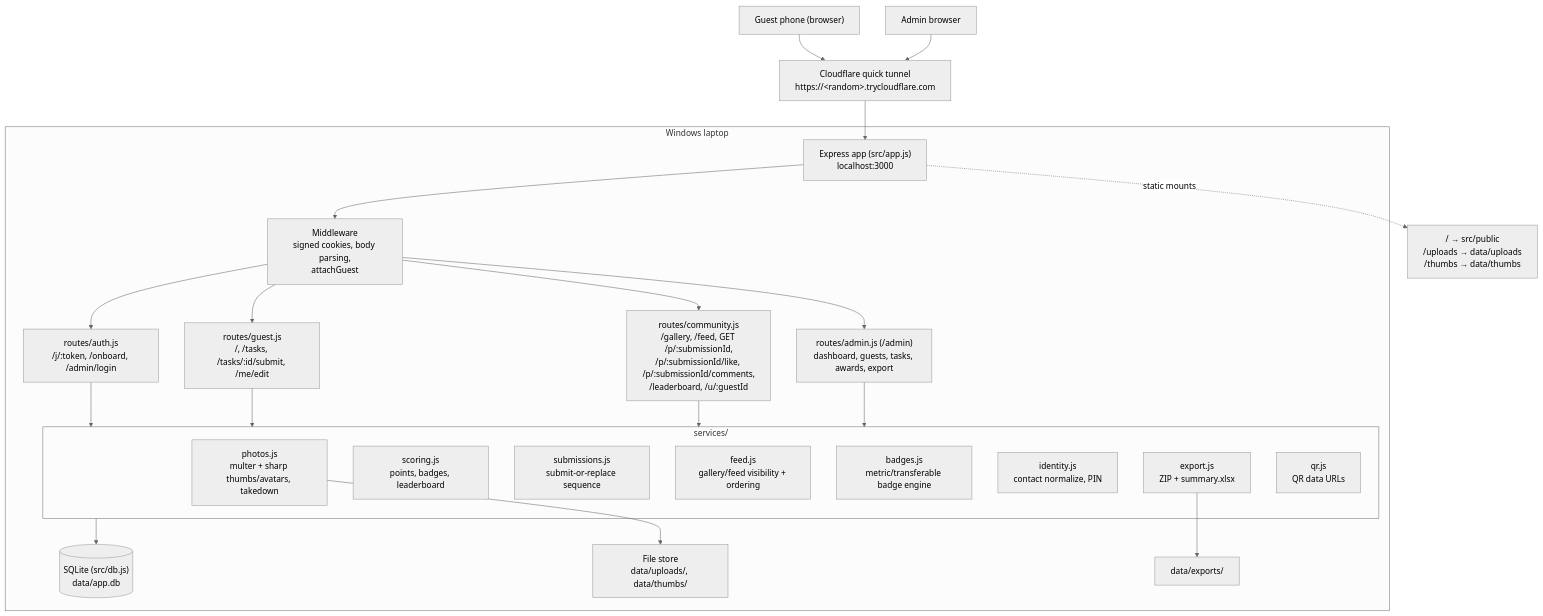
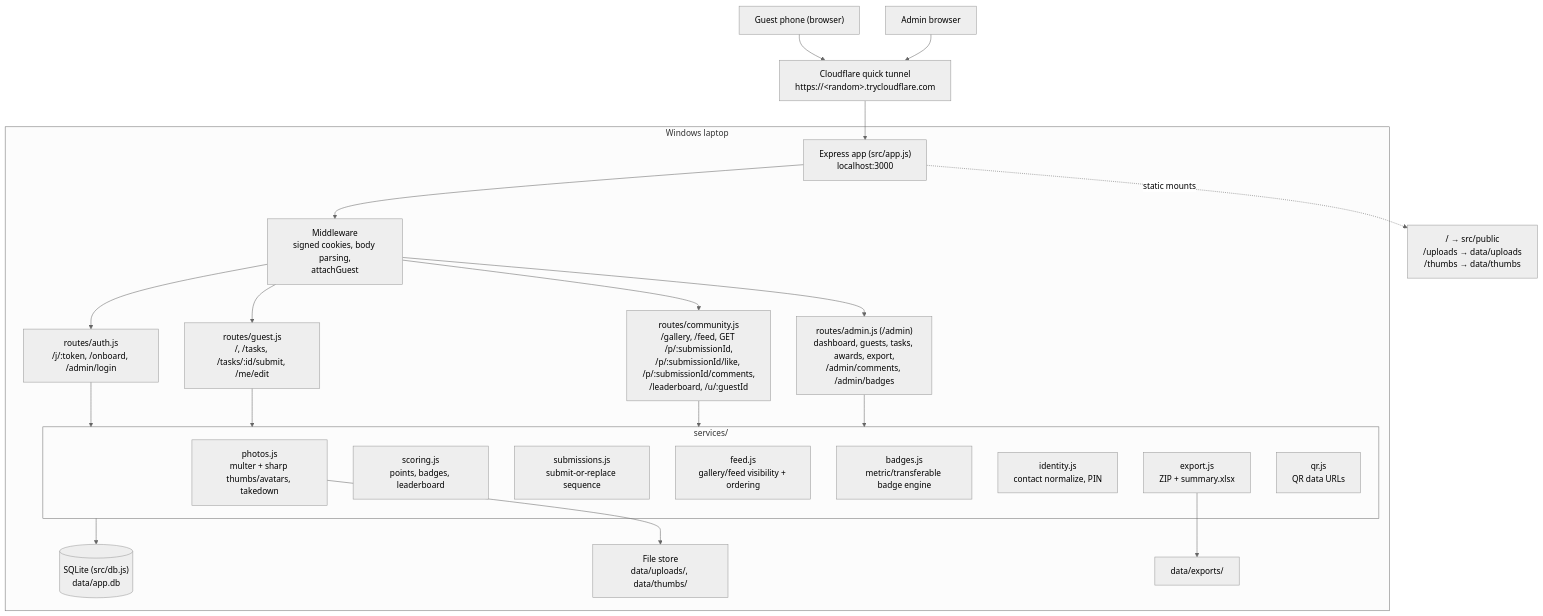
Before and after one commit to TrevorHumble/TaskMasterWedding: the first of 2 diagrams in docs/architecture.md, drawn with Mermaid (neutral theme). The commit also changed 6 other files, not shown here.

````diff
--- a/docs/architecture.md
+++ b/docs/architecture.md
@@ -9,37 +9,37 @@
 ```mermaid
 flowchart TD
     phone["Guest phone (browser)"] --> tunnel
     admin["Admin browser"] --> tunnel
     tunnel["Cloudflare quick tunnel<br/>https://&lt;random&gt;.trycloudflare.com"] --> express
 
     subgraph laptop["Windows laptop"]
         express["Express app (src/app.js)<br/>localhost:3000"]
         express --> mw["Middleware<br/>signed cookies, body parsing,<br/>attachGuest"]
         mw --> auth["routes/auth.js<br/>/j/:token, /onboard, /admin/login"]
         mw --> guest["routes/guest.js<br/>/, /tasks, /tasks/:id/submit, /me/edit"]
         mw --> community["routes/community.js<br/>/gallery, /feed, GET /p/:submissionId,<br/>/p/:submissionId/like, /p/:submissionId/comments,<br/>/leaderboard, /u/:guestId"]
-        mw --> adminr["routes/admin.js (/admin)<br/>dashboard, guests, tasks, awards, export"]
+        mw --> adminr["routes/admin.js (/admin)<br/>dashboard, guests, tasks, awards, export,<br/>/admin/comments, /admin/badges"]
 
         auth --> svc
         guest --> svc
         community --> svc
         adminr --> svc
 
         subgraph svc["services/"]
             photos["photos.js<br/>multer + sharp thumbs/avatars, takedown"]
             scoring["scoring.js<br/>points, badges, leaderboard"]
             submissions["submissions.js<br/>submit-or-replace sequence"]
             feed["feed.js<br/>gallery/feed visibility + ordering"]
             badges["badges.js<br/>metric/transferable badge engine"]
             identity["identity.js<br/>contact normalize, PIN"]
             export["export.js<br/>ZIP + summary.xlsx"]
             qr["qr.js<br/>QR data URLs"]
         end
 
         svc --> db[("SQLite (src/db.js)<br/>data/app.db")]
         photos --> files["File store<br/>data/uploads/, data/thumbs/"]
         export --> exports["data/exports/"]
     end
 
     express -. "static mounts" .-> static["/ → src/public<br/>/uploads → data/uploads<br/>/thumbs → data/thumbs"]
 ```
````
